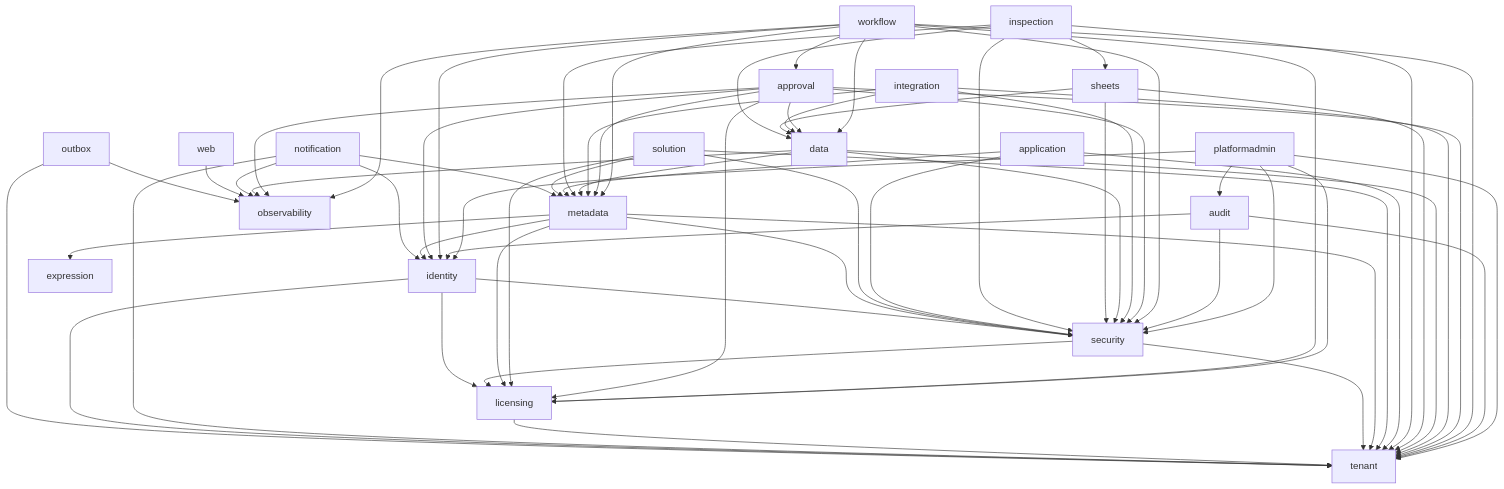
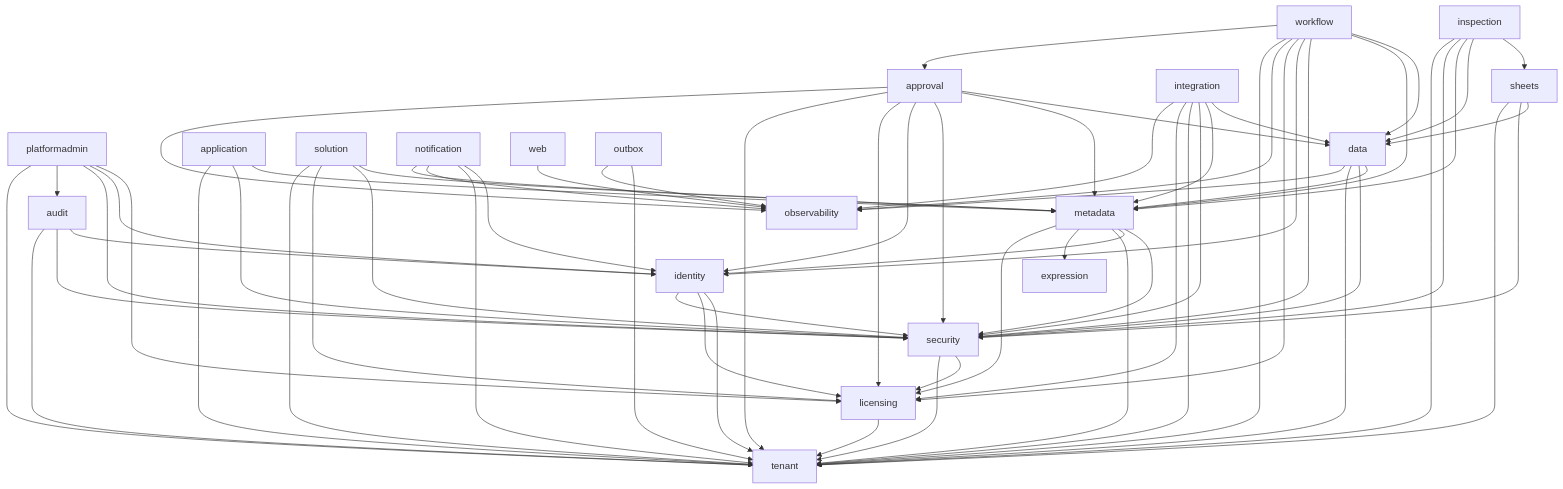
The diagram in docs/modules.md (JKCloudbridge/SaaSJAVA), drawn with Mermaid before and after one commit. The commit also changed other lines of this file and 71 other files, not shown here.

````diff
--- a/docs/modules.md
+++ b/docs/modules.md
@@ -35,20 +35,20 @@
 ```mermaid
 graph TD
   platformadmin --> licensing & identity & security & audit & tenant
   audit --> identity & security & tenant
   workflow --> data & metadata & security & identity & licensing & observability & tenant & approval
   approval --> data & metadata & security & identity & licensing & tenant & observability
-  integration --> data & metadata & security & tenant
+  integration --> data & metadata & security & tenant & licensing & observability
   data --> metadata & security & tenant & observability
   sheets --> data & security & tenant
   inspection --> sheets & data & metadata & security & tenant
   application --> metadata & security & tenant
   solution --> metadata & security & licensing & tenant
   metadata --> security & identity & tenant & expression & licensing
   security --> licensing & tenant
   licensing --> tenant
   notification --> identity & tenant & observability & metadata
   identity --> tenant & licensing & security
   web --> observability
   outbox --> tenant & observability
 ```
````
